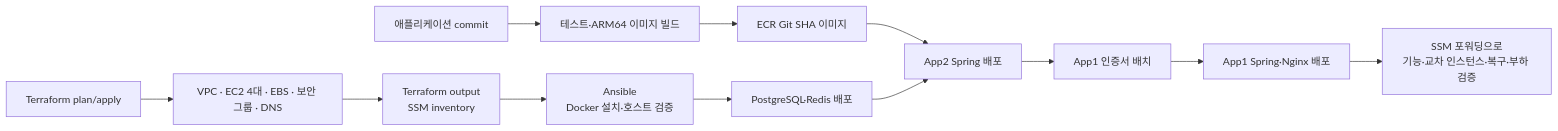
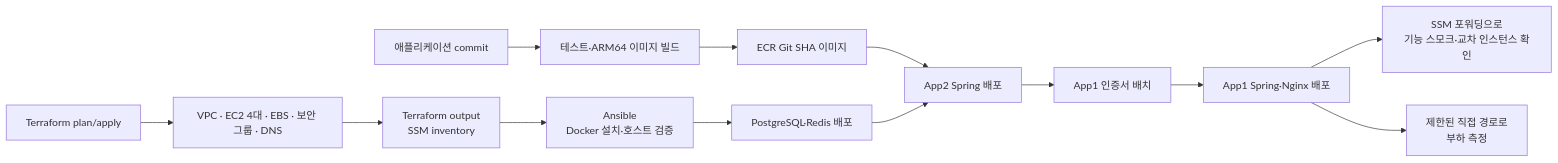
The second of 2 diagrams in docs/guides/AWS_MULTI_INSTANCE_INFRASTRUCTURE.md (bamsongi-club/albam-mate), drawn with Mermaid before and after one commit. The commit also changed other lines of this file, not shown here.

Commit message:
docs: 배포 검증 경계와 App2 호스트 계약 정정

````diff
--- a/docs/guides/AWS_MULTI_INSTANCE_INFRASTRUCTURE.md
+++ b/docs/guides/AWS_MULTI_INSTANCE_INFRASTRUCTURE.md
@@ -285,14 +289,15 @@
 ```mermaid
 flowchart LR
     CODE["애플리케이션 commit"] --> CI["테스트·ARM64 이미지 빌드"]
     CI --> ECR["ECR Git SHA 이미지"]
     TF["Terraform plan/apply"] --> INFRA["VPC · EC2 4대 · EBS · 보안 그룹 · DNS"]
     INFRA --> INV["Terraform output<br/>SSM inventory"]
     INV --> ANSIBLE["Ansible<br/>Docker 설치·호스트 검증"]
     ANSIBLE --> DATA["PostgreSQL·Redis 배포"]
     ECR --> APP2["App2 Spring 배포"]
     DATA --> APP2
     APP2 --> CERT["App1 인증서 배치"]
     CERT --> APP1["App1 Spring·Nginx 배포"]
-    APP1 --> VERIFY["SSM 포워딩으로<br/>기능·교차 인스턴스·복구·부하 검증"]
+    APP1 --> VERIFY["SSM 포워딩으로<br/>기능 스모크·교차 인스턴스 확인"]
+    APP1 --> LOAD["제한된 직접 경로로<br/>부하 측정"]
 ```
````
